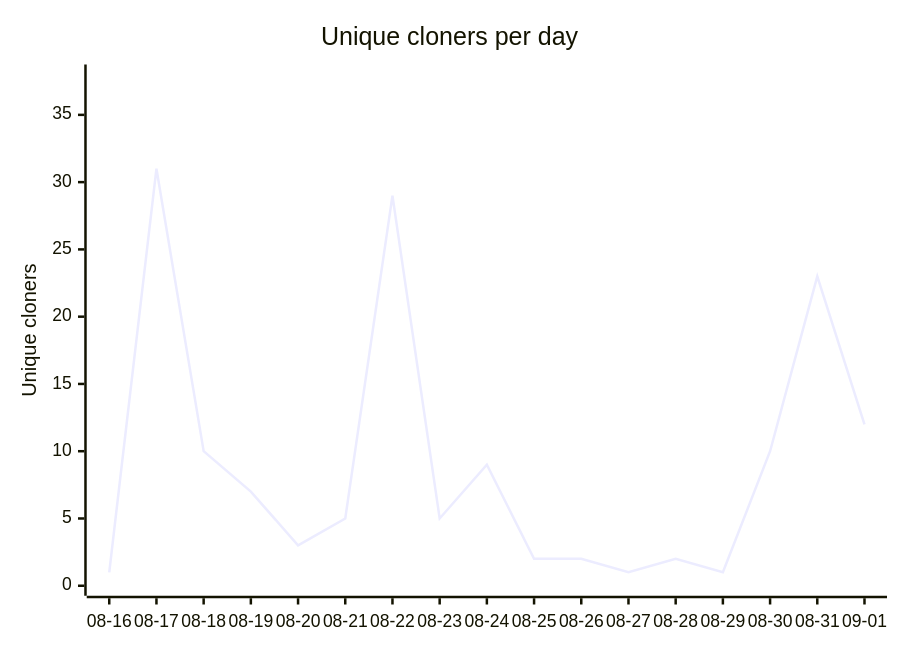
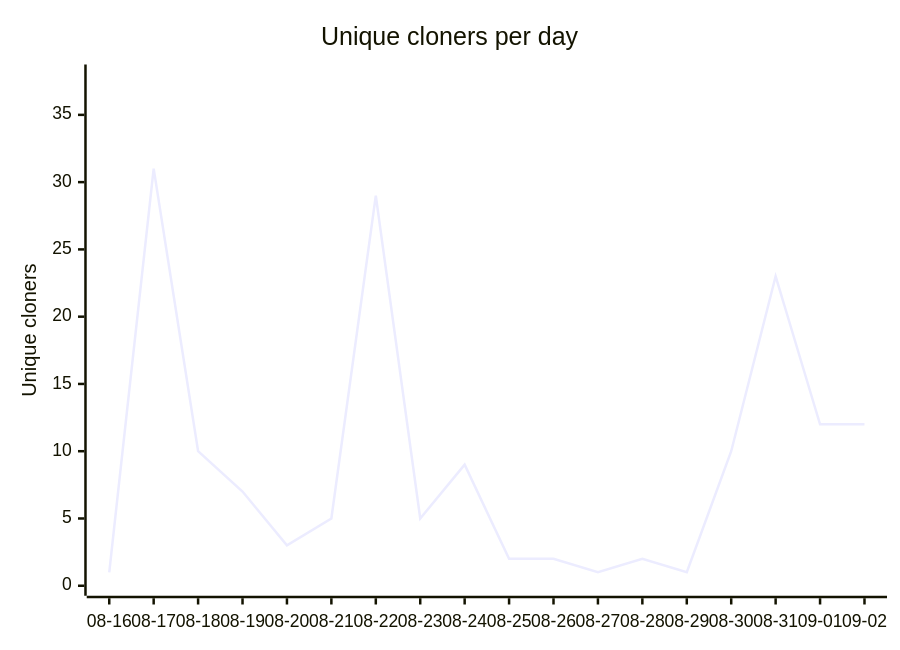
One commit to AZidan/archflow changed the diagram in metrics/README.md. Above: the diagram before and after it, drawn with Mermaid. The commit also changed other lines of this file and 2 other files, not shown here.

````diff
--- a/metrics/README.md
+++ b/metrics/README.md
@@ -14,7 +14,7 @@
 ```mermaid
 xychart-beta
     title "Unique cloners per day"
-    x-axis ["08-16", "08-17", "08-18", "08-19", "08-20", "08-21", "08-22", "08-23", "08-24", "08-25", "08-26", "08-27", "08-28", "08-29", "08-30", "08-31", "09-01"]
+    x-axis ["08-16", "08-17", "08-18", "08-19", "08-20", "08-21", "08-22", "08-23", "08-24", "08-25", "08-26", "08-27", "08-28", "08-29", "08-30", "08-31", "09-01", "09-02"]
     y-axis "Unique cloners" 0 --> 38
-    line [1, 31, 10, 7, 3, 5, 29, 5, 9, 2, 2, 1, 2, 1, 10, 23, 12]
+    line [1, 31, 10, 7, 3, 5, 29, 5, 9, 2, 2, 1, 2, 1, 10, 23, 12, 12]
 ```
````
